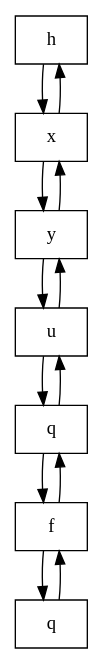
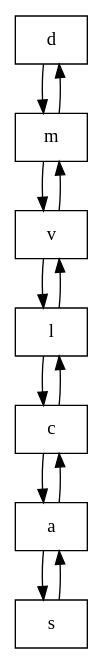
Before and after one commit to AdriGomez95/EDD_1S2020_PY1_201504236-master: the diagram in FichasDeJugador2.dot, drawn with Graphviz. The commit also changed 14 other files, not shown here.

```diff
--- a/FichasDeJugador2.dot
+++ b/FichasDeJugador2.dot
@@ -1,9 +1,9 @@
 digraph G{
-node0[shape = record,label = "h"];
-node1[shape = record,label = "x"];
-node2[shape = record,label = "y"];
-node3[shape = record,label = "u"];
-node4[shape = record,label = "q"];
-node5[shape = record,label = "f"];
-node6[shape = record,label = "q"];
+node0[shape = record,label = "d"];
+node1[shape = record,label = "m"];
+node2[shape = record,label = "v"];
+node3[shape = record,label = "l"];
+node4[shape = record,label = "c"];
+node5[shape = record,label = "a"];
+node6[shape = record,label = "s"];
 node0->node1->node2->node3->node4->node5->node6;node6->node5->node4->node3->node2->node1->node0;}
```
